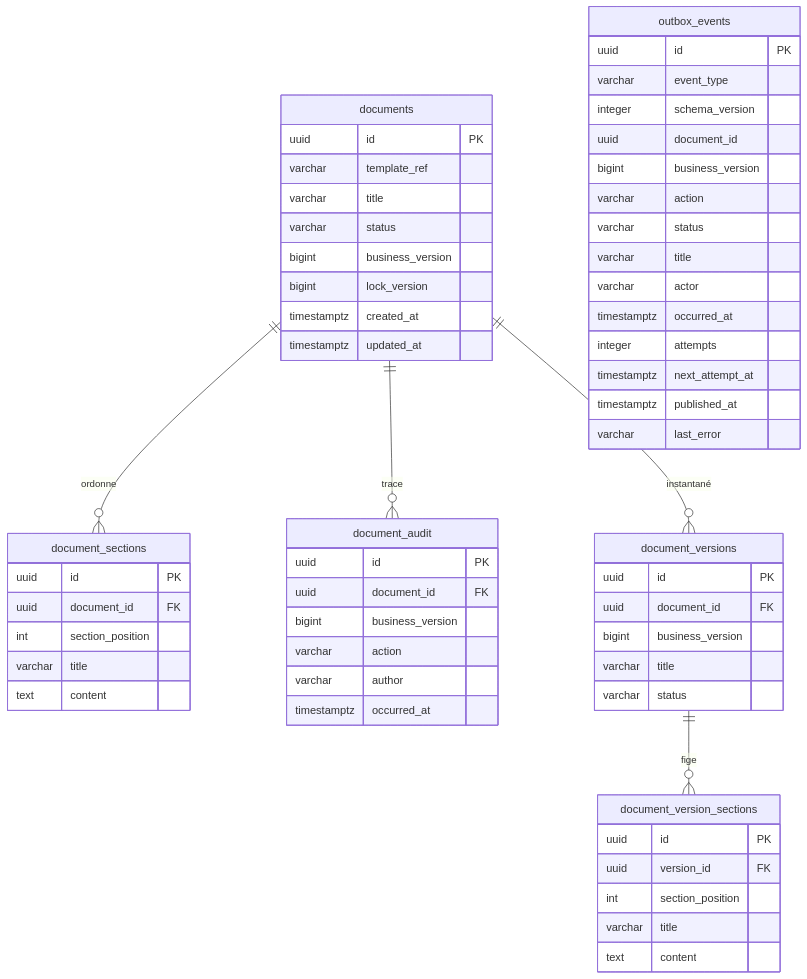
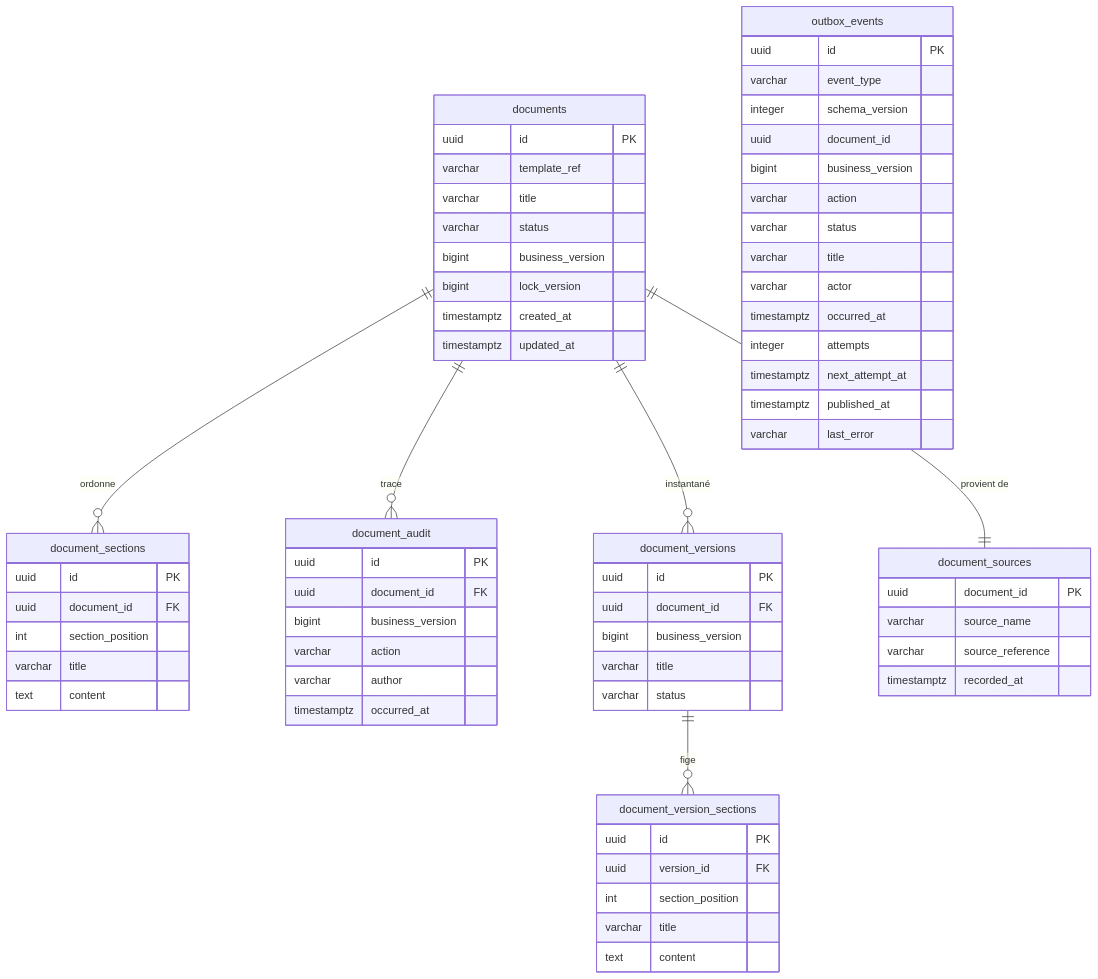
One commit to hfWalid/ACD-kata changed the first of 3 diagrams in design/4- data-model.md. Above: the diagram before and after it, drawn with Mermaid. The commit also changed other lines of this file and 72 other files, not shown here.

````diff
--- a/design/4- data-model.md
+++ b/design/4- data-model.md
@@ -5,68 +5,76 @@
 ```mermaid
 erDiagram
   documents ||--o{ document_sections : "ordonne"
   documents ||--o{ document_audit : "trace"
   documents ||--o{ document_versions : "instantané"
+  documents ||--|| document_sources : "provient de"
   document_versions ||--o{ document_version_sections : "fige"
 
   documents {
     uuid id PK
     varchar template_ref
     varchar title
     varchar status
     bigint business_version
     bigint lock_version
     timestamptz created_at
     timestamptz updated_at
   }
 
   document_sections {
     uuid id PK
     uuid document_id FK
     int section_position
     varchar title
     text content
   }
 
   document_audit {
     uuid id PK
     uuid document_id FK
     bigint business_version
     varchar action
     varchar author
     timestamptz occurred_at
   }
 
   document_versions {
     uuid id PK
     uuid document_id FK
     bigint business_version
     varchar title
     varchar status
   }
 
   document_version_sections {
     uuid id PK
     uuid version_id FK
     int section_position
     varchar title
     text content
   }
 
+  document_sources {
+    uuid document_id PK
+    varchar source_name
+    varchar source_reference
+    timestamptz recorded_at
+  }
+
   outbox_events {
     uuid id PK
     varchar event_type
     integer schema_version
     uuid document_id
     bigint business_version
     varchar action
     varchar status
     varchar title
     varchar actor
     timestamptz occurred_at
     integer attempts
     timestamptz next_attempt_at
     timestamptz published_at
     varchar last_error
   }
 ```
````
